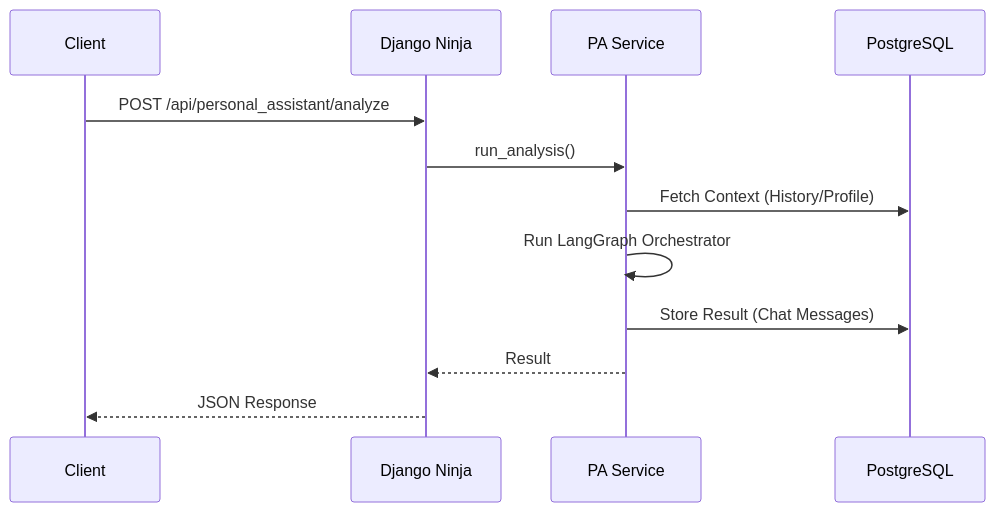
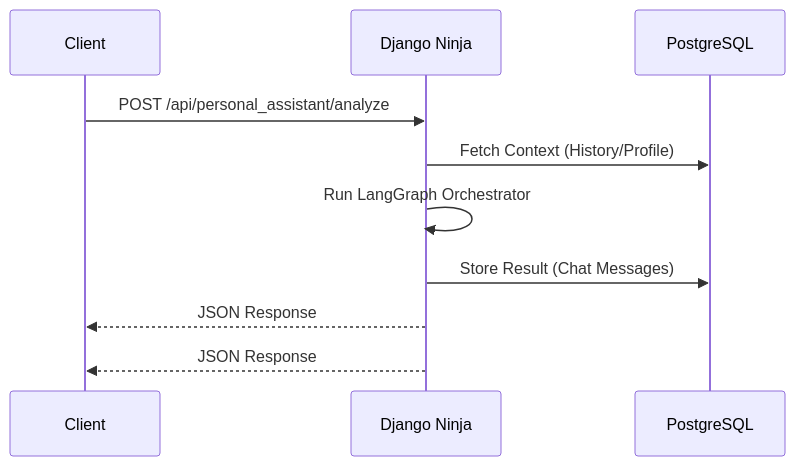
One commit to Apo-Eclipse/Grad changed the first of 4 diagrams in api/API_DOCS.md. Above: the diagram before and after it, drawn with Mermaid. The commit also changed other lines of this file and 66 other files, not shown here.

````diff
--- a/api/API_DOCS.md
+++ b/api/API_DOCS.md
@@ -16,15 +16,13 @@
 ```mermaid
 sequenceDiagram
     participant Client
     participant API as Django Ninja
-    participant Service as PA Service
     participant DB as PostgreSQL
 
     Client->>API: POST /api/personal_assistant/analyze
-    API->>Service: run_analysis()
-    Service->>DB: Fetch Context (History/Profile)
-    Service->>Service: Run LangGraph Orchestrator
-    Service->>DB: Store Result (Chat Messages)
-    Service-->>API: Result
+    API->>DB: Fetch Context (History/Profile)
+    API->>API: Run LangGraph Orchestrator
+    API->>DB: Store Result (Chat Messages)
+    API-->>Client: JSON Response
     API-->>Client: JSON Response
 ```
````
